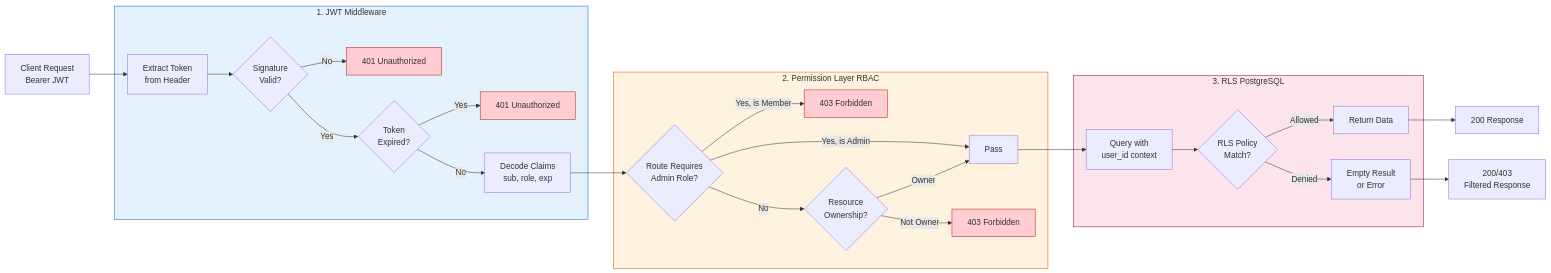
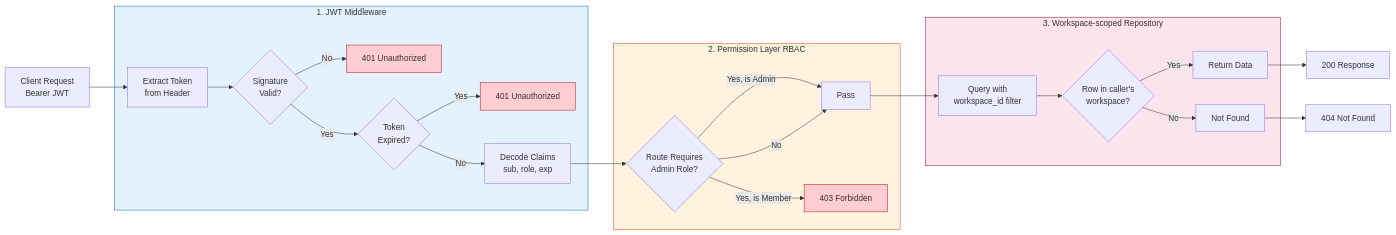
The third of 4 diagrams in docs/03-architecture/security/security-architecture.md (alonsovndev/open-projects-hub-docs), drawn with Mermaid before and after one commit. The commit also changed other lines of this file and 26 other files, not shown here.

First line of the commit message:
docs: align architecture and ADRs with as-built workspace tenancy

````diff
--- a/docs/03-architecture/security/security-architecture.md
+++ b/docs/03-architecture/security/security-architecture.md
@@ -278,42 +278,39 @@
 ```mermaid
 flowchart LR
     A[Client Request<br/>Bearer JWT] --> B
 
     subgraph Middleware["1. JWT Middleware"]
         B[Extract Token<br/>from Header] --> C{Signature<br/>Valid?}
         C -->|No| R401A[401 Unauthorized]
         C -->|Yes| D{Token<br/>Expired?}
         D -->|Yes| R401B[401 Unauthorized]
         D -->|No| E[Decode Claims<br/>sub, role, exp]
     end
 
     E --> F
 
     subgraph Permission["2. Permission Layer RBAC"]
         F{Route Requires<br/>Admin Role?}
         F -->|Yes, is Admin| G[Pass]
         F -->|Yes, is Member| R403A[403 Forbidden]
-        F -->|No| H{Resource<br/>Ownership?}
-        H -->|Owner| G
-        H -->|Not Owner| R403B[403 Forbidden]
+        F -->|No| G
     end
 
     G --> I
 
-    subgraph RLS["3. RLS PostgreSQL"]
-        I[Query with<br/>user_id context] --> J{RLS Policy<br/>Match?}
-        J -->|Allowed| K[Return Data]
-        J -->|Denied| L[Empty Result<br/>or Error]
+    subgraph Scope["3. Workspace-scoped Repository"]
+        I[Query with<br/>workspace_id filter] --> J{Row in caller's<br/>workspace?}
+        J -->|Yes| K[Return Data]
+        J -->|No| L[Not Found]
     end
 
     K --> M[200 Response]
-    L --> N[200/403<br/>Filtered Response]
+    L --> N[404 Not Found]
 
     style R401A fill:#ffcdd2,stroke:#b71c1c
     style R401B fill:#ffcdd2,stroke:#b71c1c
     style R403A fill:#ffcdd2,stroke:#b71c1c
-    style R403B fill:#ffcdd2,stroke:#b71c1c
     style Middleware fill:#e3f2fd,stroke:#1565c0
     style Permission fill:#fff3e0,stroke:#e65100
-    style RLS fill:#fce4ec,stroke:#880e4f
+    style Scope fill:#fce4ec,stroke:#880e4f
 ```
````
